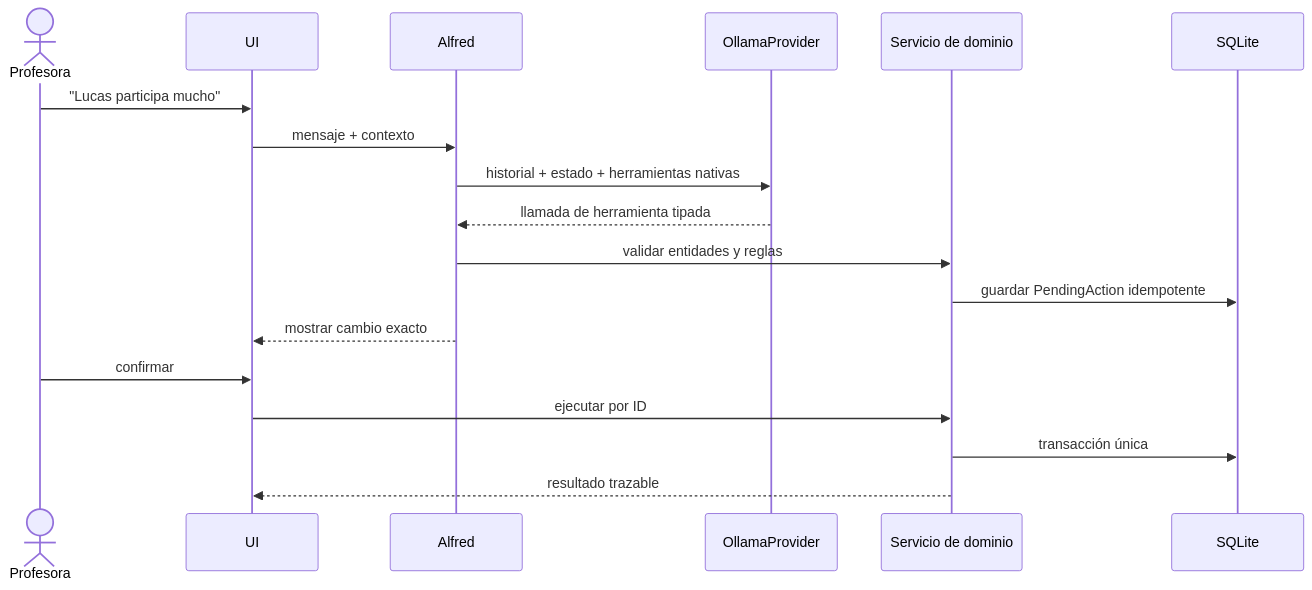
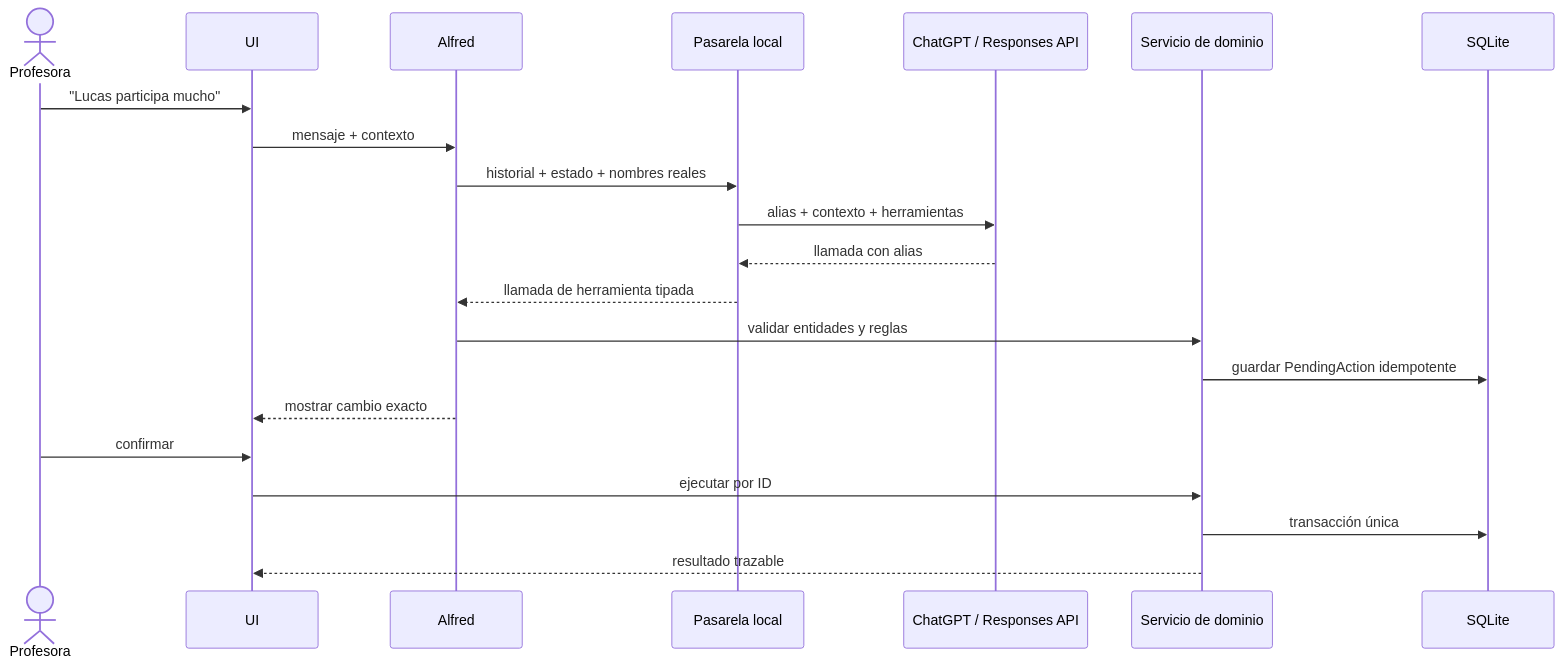
Before and after one commit to Adrute/project-alfred: the second of 2 diagrams in docs/architecture/overview.md, drawn with Mermaid. The commit also changed other lines of this file and 130 other files, not shown here.

````diff
--- a/docs/architecture/overview.md
+++ b/docs/architecture/overview.md
@@ -85,21 +93,24 @@
 ```mermaid
 sequenceDiagram
   actor Teacher as Profesora
   participant UI
   participant Alfred
-  participant LLM as OllamaProvider
+  participant Privacy as Pasarela local
+  participant LLM as ChatGPT / Responses API
   participant Service as Servicio de dominio
   participant DB as SQLite
 
   Teacher->>UI: "Lucas participa mucho"
   UI->>Alfred: mensaje + contexto
-  Alfred->>LLM: historial + estado + herramientas nativas
-  LLM-->>Alfred: llamada de herramienta tipada
+  Alfred->>Privacy: historial + estado + nombres reales
+  Privacy->>LLM: alias + contexto + herramientas
+  LLM-->>Privacy: llamada con alias
+  Privacy-->>Alfred: llamada de herramienta tipada
   Alfred->>Service: validar entidades y reglas
   Service->>DB: guardar PendingAction idempotente
   Alfred-->>UI: mostrar cambio exacto
   Teacher->>UI: confirmar
   UI->>Service: ejecutar por ID
   Service->>DB: transacción única
   Service-->>UI: resultado trazable
 ```
````
